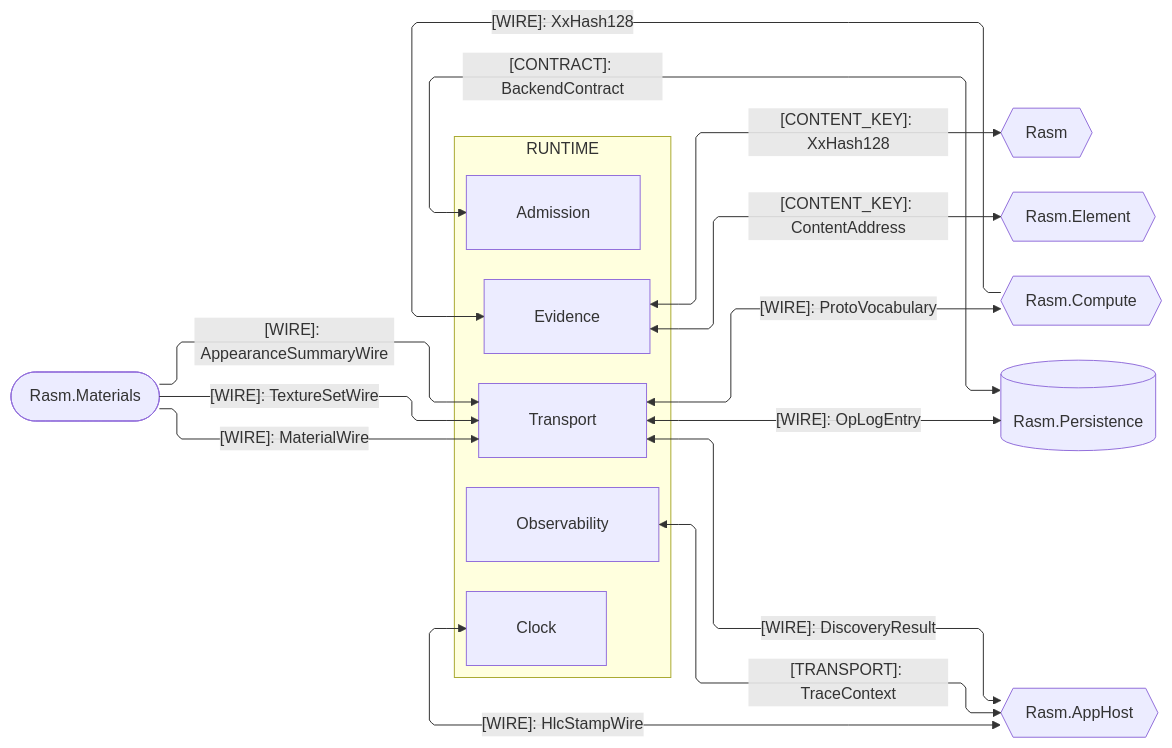
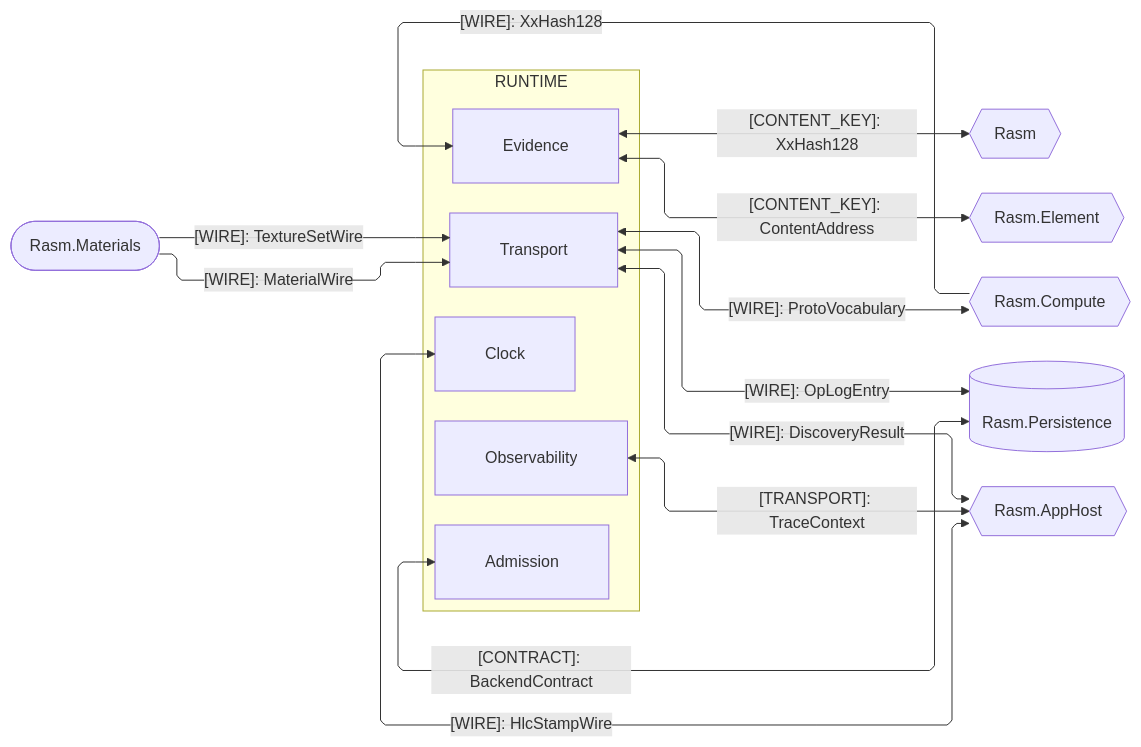
The second of 3 diagrams in libs/python/runtime/ARCHITECTURE.md (bsamiee/Rasm), drawn with Mermaid before and after one commit. The commit also changed other lines of this file and 108 other files, not shown here.

Commit message:
Land the coldpass doc-set deltas across README, ARCHITECTURE, RULINGS, IDEAS, and TASKLOG files

````diff
--- a/libs/python/runtime/ARCHITECTURE.md
+++ b/libs/python/runtime/ARCHITECTURE.md
@@ -124,37 +126,36 @@
 ```mermaid
 ---
 config:
   layout: elk
   flowchart:
     curve: linear
     padding: 25
 ---
 flowchart LR
     accTitle: Runtime C# platform and kernel seams
     accDescr: Runtime sub-domain owners exchanging content keys, wire codecs, gRPC transport, and clock stamps with the C# peers.
     subgraph runtime[RUNTIME]
         Evidence[Evidence]
         Admission[Admission]
         Transport[Transport]
         Observability[Observability]
         Clock[Clock]
     end
     Rasm{{Rasm}}
     Element{{Rasm.Element}}
     Compute{{Rasm.Compute}}
     Persistence[(Rasm.Persistence)]
     AppHost{{Rasm.AppHost}}
     Materials([Rasm.Materials])
     Materials e10@-->|"[WIRE]: MaterialWire"| Transport
     Materials e29@-->|"[WIRE]: TextureSetWire"| Transport
-    Materials e30@-->|"[WIRE]: AppearanceSummaryWire"| Transport
     Evidence e1@<-->|"[CONTENT_KEY]: XxHash128"| Rasm
     Evidence e2@<-->|"[CONTENT_KEY]: ContentAddress"| Element
     Compute e3@-->|"[WIRE]: XxHash128"| Evidence
     Transport e4@<-->|"[WIRE]: ProtoVocabulary"| Compute
     Transport e5@<-->|"[WIRE]: OpLogEntry"| Persistence
     Persistence e9@<-->|"[CONTRACT]: BackendContract"| Admission
     Transport e6@<-->|"[WIRE]: DiscoveryResult"| AppHost
     Observability e7@<-->|"[TRANSPORT]: TraceContext"| AppHost
     AppHost e8@<-->|"[WIRE]: HlcStampWire"| Clock
 ```
````
